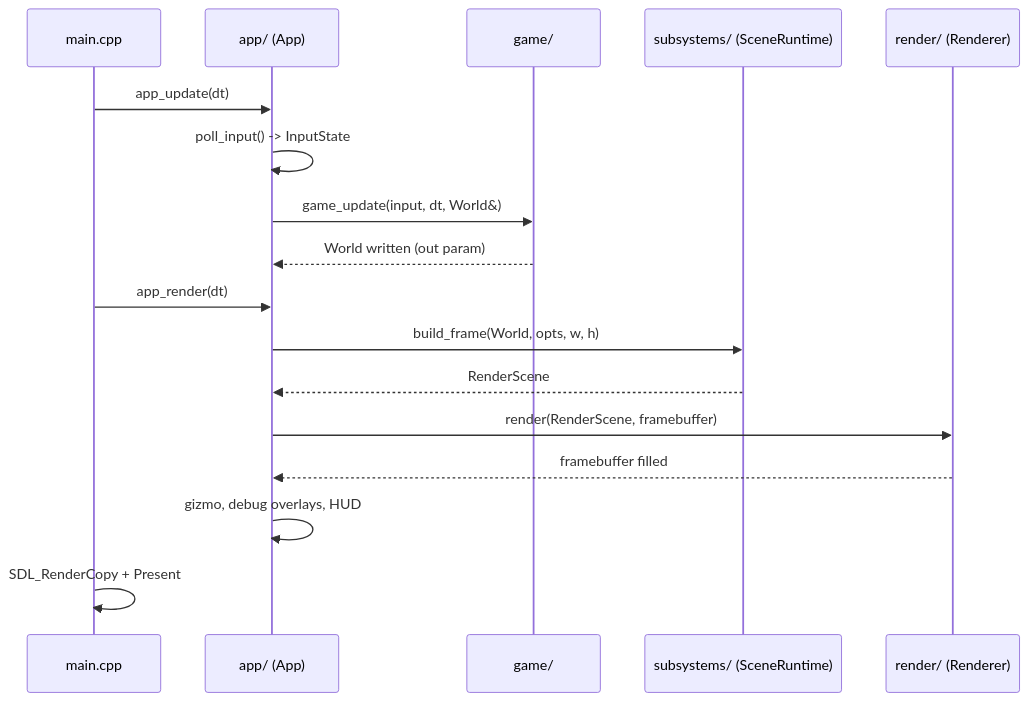
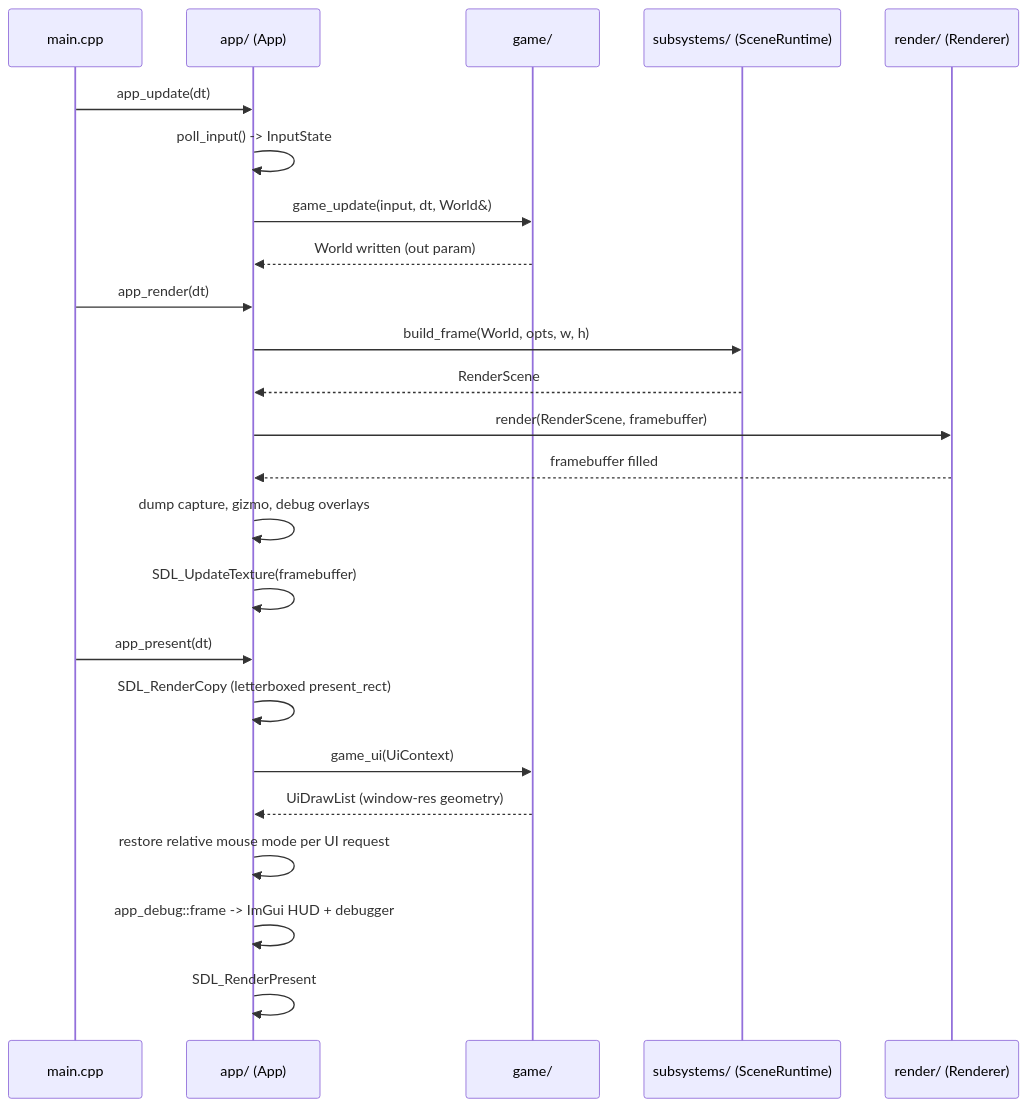
Before and after one commit to marcelochincha/trecnis: the second of 2 diagrams in AGENTS.md, drawn with Mermaid. The commit also changed other lines of this file and 27 other files, not shown here.

First line of the commit message:
Split UI into ImGui debugger + GPU-drawn game UI

````diff
--- a/AGENTS.md
+++ b/AGENTS.md
@@ -116,21 +116,29 @@
 ```mermaid
 sequenceDiagram
     participant Main as main.cpp
     participant App as app/ (App)
     participant Game as game/
     participant Scene as subsystems/ (SceneRuntime)
     participant Render as render/ (Renderer)
 
     Main->>App: app_update(dt)
     App->>App: poll_input() -> InputState
     App->>Game: game_update(input, dt, World&)
     Game-->>App: World written (out param)
 
     Main->>App: app_render(dt)
     App->>Scene: build_frame(World, opts, w, h)
     Scene-->>App: RenderScene
     App->>Render: render(RenderScene, framebuffer)
     Render-->>App: framebuffer filled
-    App->>App: gizmo, debug overlays, HUD
-    Main->>Main: SDL_RenderCopy + Present
+    App->>App: dump capture, gizmo, debug overlays
+    App->>App: SDL_UpdateTexture(framebuffer)
+
+    Main->>App: app_present(dt)
+    App->>App: SDL_RenderCopy (letterboxed present_rect)
+    App->>Game: game_ui(UiContext)
+    Game-->>App: UiDrawList (window-res geometry)
+    App->>App: restore relative mouse mode per UI request
+    App->>App: app_debug::frame -> ImGui HUD + debugger
+    App->>App: SDL_RenderPresent
 ```
````
